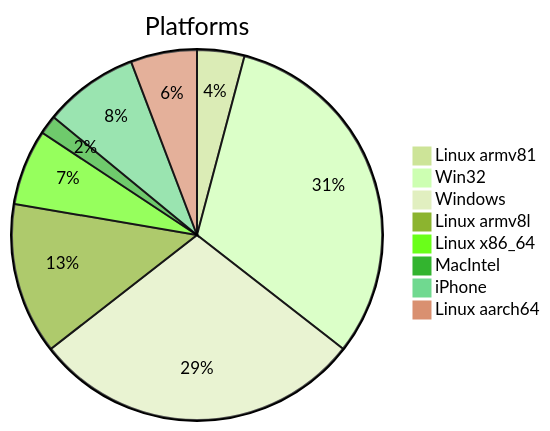
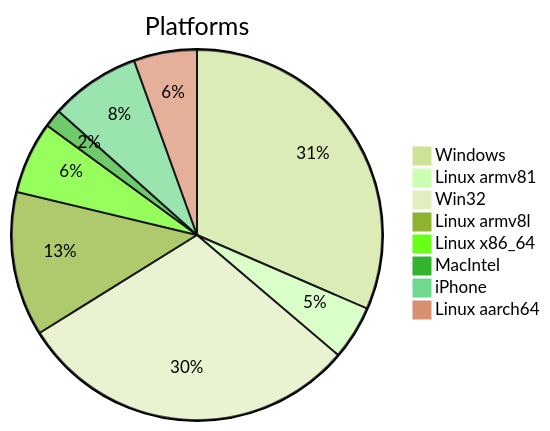
Before and after one commit to Krugou/socials: the first of 2 diagrams in DATA_REPORT.md, drawn with Mermaid (forest theme). The commit also changed other lines of this file and 2 other files, not shown here.

````diff
--- a/DATA_REPORT.md
+++ b/DATA_REPORT.md
@@ -9,11 +9,11 @@
 ```mermaid
 pie title Platforms
-    "Linux armv81" : 5
+    "Windows" : 40
+    "Linux armv81" : 6
     "Win32" : 38
-    "Windows" : 35
     "Linux armv8l" : 16
     "Linux x86_64" : 8
     "MacIntel" : 2
     "iPhone" : 10
     "Linux aarch64" : 7
 ```
````
